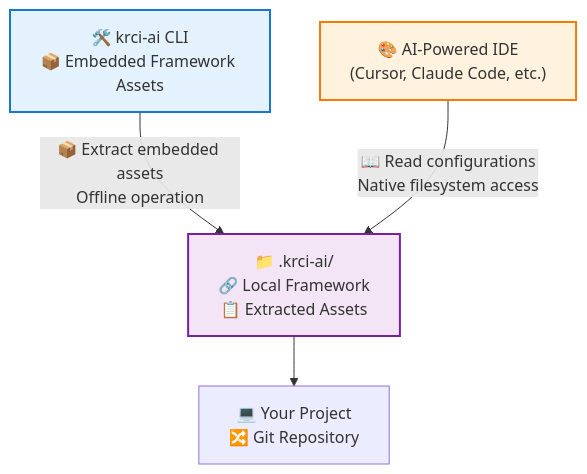
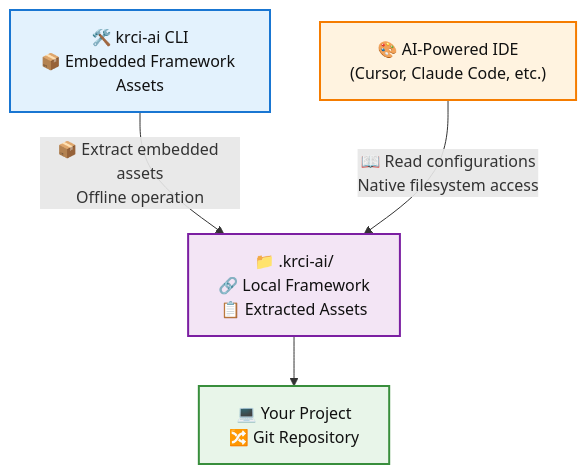
The first of 2 diagrams in docs/architecture.md (KubeRocketCI/kuberocketai), drawn with Mermaid before and after one commit. The commit also changed other lines of this file and 6 other files, not shown here.

Commit message:
docs: Align mermaid to dark theme

````diff
--- a/docs/architecture.md
+++ b/docs/architecture.md
@@ -11,15 +11,16 @@
 ```mermaid
 graph TD
     CLI["🛠️ krci-ai CLI<br/>📦 Embedded Framework Assets"]
     IDE["🎨 AI-Powered IDE<br/>(Cursor, Claude Code, etc.)"]
     Framework["📁 .krci-ai/<br/>🔗 Local Framework<br/>📋 Extracted Assets"]
     Project["💻 Your Project<br/>🔀 Git Repository"]
 
     CLI -->|"📦 Extract embedded assets<br/>Offline operation"| Framework
     IDE -->|"📖 Read configurations<br/>Native filesystem access"| Framework
     Framework --> Project
 
-    style CLI fill:#e3f2fd,stroke:#1976d2,stroke-width:2px
-    style IDE fill:#fff3e0,stroke:#f57c00,stroke-width:2px
-    style Framework fill:#f3e5f5,stroke:#7b1fa2,stroke-width:2px
+    style CLI fill:#e3f2fd,stroke:#1976d2,stroke-width:2px,color:#111
+    style IDE fill:#fff3e0,stroke:#f57c00,stroke-width:2px,color:#111
+    style Framework fill:#f3e5f5,stroke:#7b1fa2,stroke-width:2px,color:#111
+    style Project fill:#e8f5e9,stroke:#388e3c,stroke-width:2px,color:#111
 ```
````
